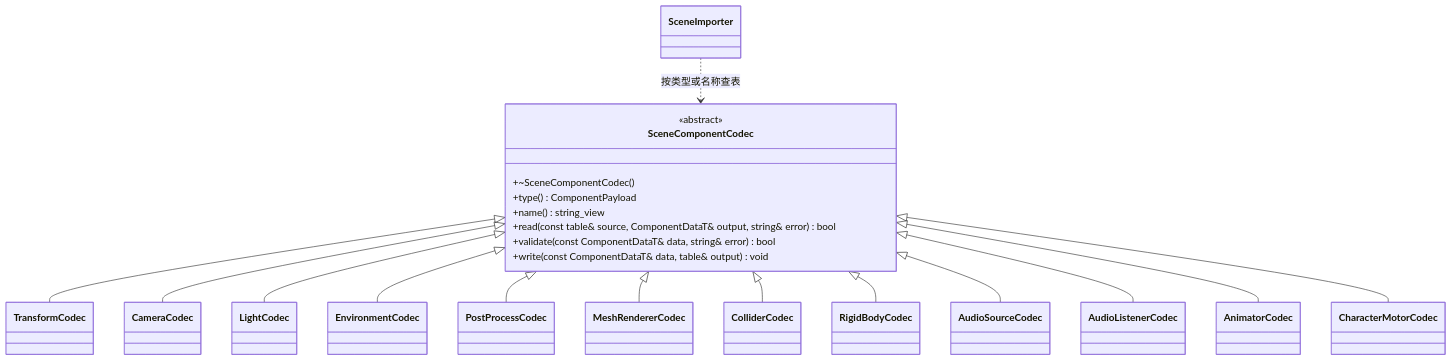
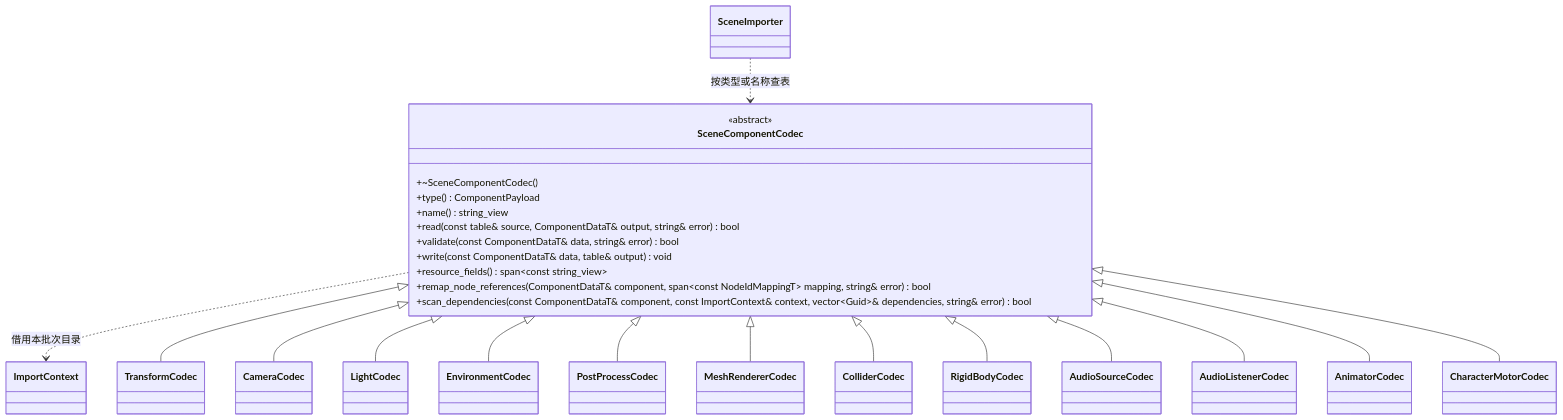
Before and after one commit to lcals/Engine: the diagram in docs/editor/class-diagrams/scene-component-codecs.md, drawn with Mermaid. The commit also changed 244 other files, not shown here.

````diff
--- a/docs/editor/class-diagrams/scene-component-codecs.md
+++ b/docs/editor/class-diagrams/scene-component-codecs.md
@@ -7,38 +7,43 @@
 ```mermaid
 classDiagram
     class SceneComponentCodec {
         <<abstract>>
         +~SceneComponentCodec()
         +type() ComponentPayload
         +name() string_view
         +read(const table& source, ComponentDataT& output, string& error) bool
         +validate(const ComponentDataT& data, string& error) bool
         +write(const ComponentDataT& data, table& output) void
+        +resource_fields() span~const string_view~
+        +remap_node_references(ComponentDataT& component, span~const NodeIdMappingT~ mapping, string& error) bool
+        +scan_dependencies(const ComponentDataT& component, const ImportContext& context, vector~Guid~& dependencies, string& error) bool
     }
     class TransformCodec
     class CameraCodec
     class LightCodec
     class EnvironmentCodec
     class PostProcessCodec
     class MeshRendererCodec
     class ColliderCodec
     class RigidBodyCodec
     class AudioSourceCodec
     class AudioListenerCodec
     class AnimatorCodec
     class CharacterMotorCodec
     class SceneImporter
+    class ImportContext
+    SceneComponentCodec ..> ImportContext : 借用本批次目录
     SceneComponentCodec <|-- TransformCodec
     SceneComponentCodec <|-- CameraCodec
     SceneComponentCodec <|-- LightCodec
     SceneComponentCodec <|-- EnvironmentCodec
     SceneComponentCodec <|-- PostProcessCodec
     SceneComponentCodec <|-- MeshRendererCodec
     SceneComponentCodec <|-- ColliderCodec
     SceneComponentCodec <|-- RigidBodyCodec
     SceneComponentCodec <|-- AudioSourceCodec
     SceneComponentCodec <|-- AudioListenerCodec
     SceneComponentCodec <|-- AnimatorCodec
     SceneComponentCodec <|-- CharacterMotorCodec
     SceneImporter ..> SceneComponentCodec : 按类型或名称查表
 ```
````
